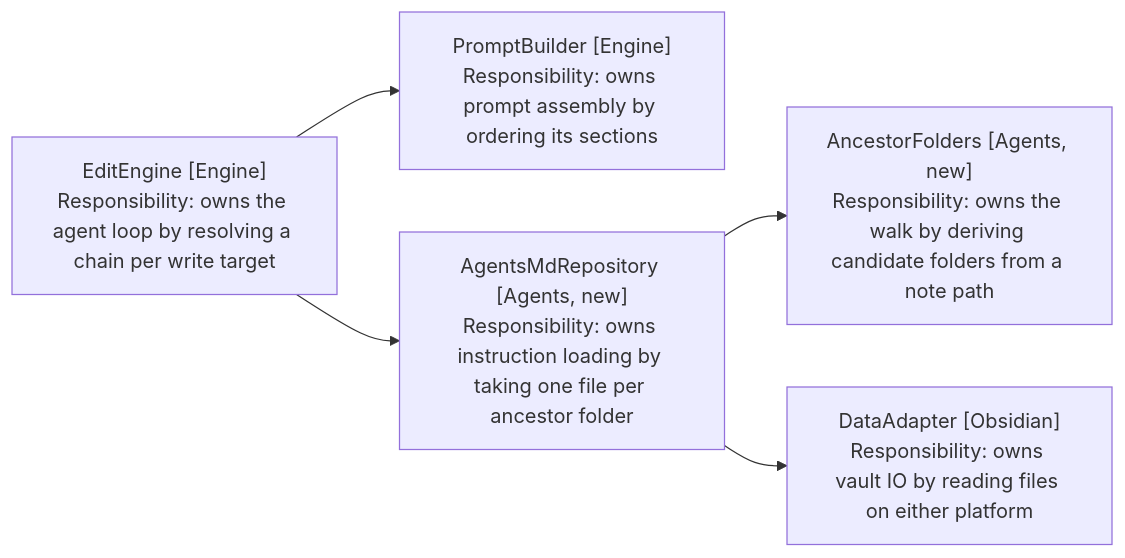
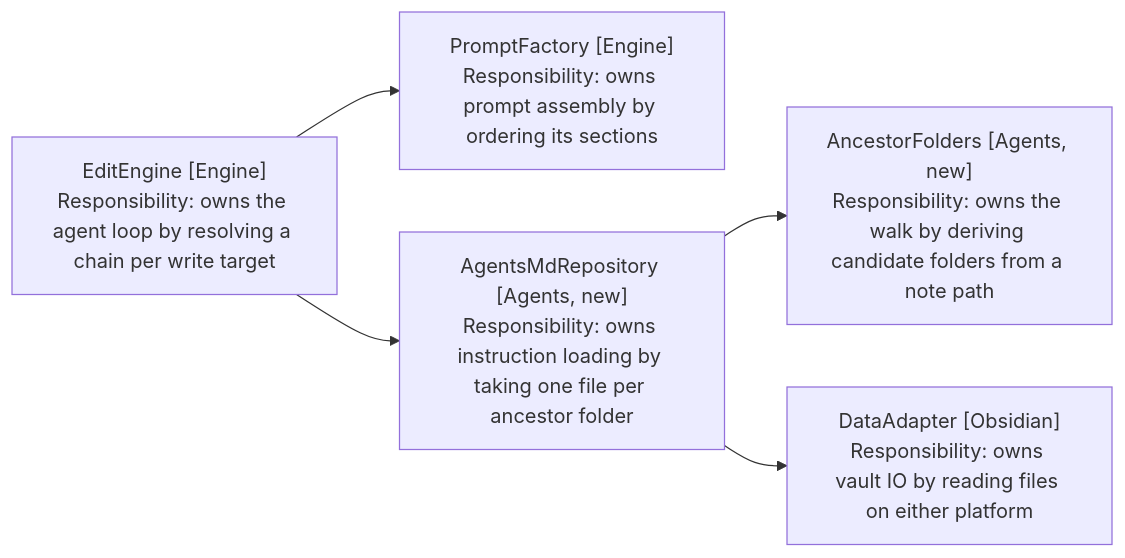
The diagram in docs/spec/3-agents-md-loading/4-component-design.md (iparips/obsidian-owl), drawn with Mermaid before and after one commit. The commit also changed other lines of this file and 26 other files, not shown here.

````diff
--- a/docs/spec/3-agents-md-loading/4-component-design.md
+++ b/docs/spec/3-agents-md-loading/4-component-design.md
@@ -50,13 +50,13 @@
 ```mermaid
 flowchart LR
     Engine["EditEngine [Engine]<br/>Responsibility: owns the agent loop by resolving a chain per write target"]
-    Prompt["PromptBuilder [Engine]<br/>Responsibility: owns prompt assembly by ordering its sections"]
+    Prompt["PromptFactory [Engine]<br/>Responsibility: owns prompt assembly by ordering its sections"]
     Repo["AgentsMdRepository [Agents, new]<br/>Responsibility: owns instruction loading by taking one file per ancestor folder"]
     Paths["AncestorFolders [Agents, new]<br/>Responsibility: owns the walk by deriving candidate folders from a note path"]
     Adapter["DataAdapter [Obsidian]<br/>Responsibility: owns vault IO by reading files on either platform"]
 
     Engine --> Prompt
     Engine --> Repo
     Repo --> Paths
     Repo --> Adapter
 ```
````
